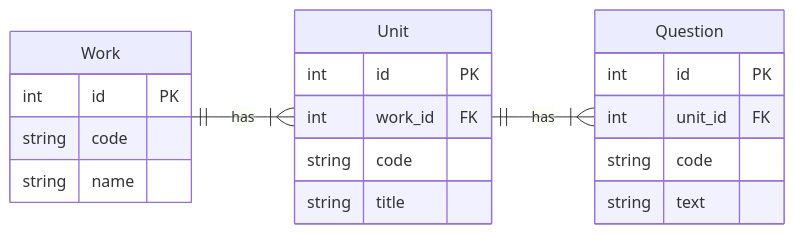
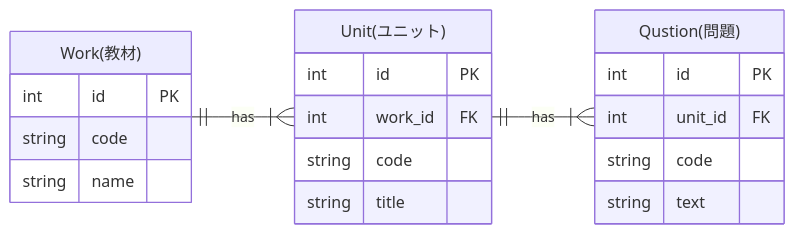
One commit to takanory/slides changed the fourth of 5 diagrams in slides/20260108bpstyle/index.md. Above: the diagram before and after it, drawn with Mermaid. The commit also changed other lines of this file, not shown here.

````diff
--- a/slides/20260108bpstyle/index.md
+++ b/slides/20260108bpstyle/index.md
@@ -239,23 +274,23 @@
 ```{mermaid}
 erDiagram
     direction LR
     Work ||--|{ Unit : has
     Unit ||--|{ Question : has
-    Work {
+    Work["Work(教材)"] {
         int id PK
         string code
         string name
     }
-    Unit {
+    Unit["Unit(ユニット)"] {
         int id PK
         int work_id FK
         string code
         string title
     }
-    Question {
+    Question["Qustion(問題)"] {
         int id PK
         int unit_id FK
         string code
         string text
     }
 ```
````
